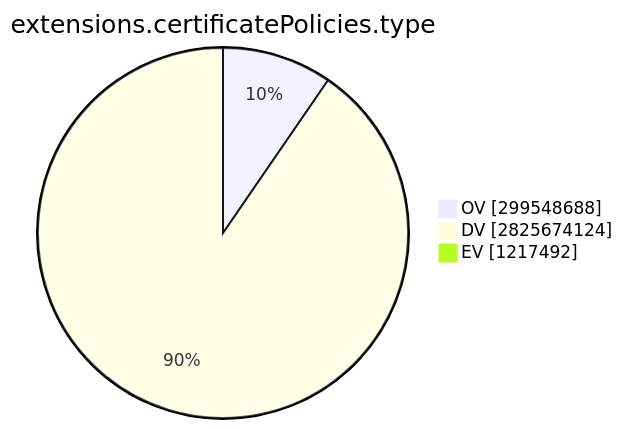
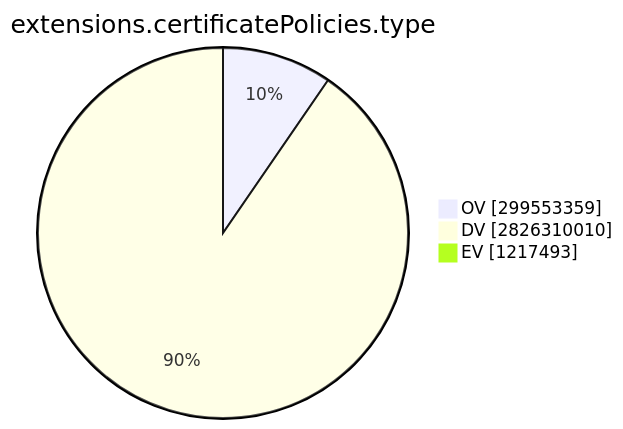
The ninth of 15 diagrams in TOTAL/README.md (christiankrug/ctmonitor_visualization), drawn with Mermaid before and after one commit. The commit also changed other lines of this file, not shown here.

````diff
--- a/TOTAL/README.md
+++ b/TOTAL/README.md
@@ -3101,7 +3101,7 @@
 ```mermaid
 pie showData
 title extensions.certificatePolicies.type
-"OV" :299548688
-"DV" :2825674124
-"EV" :1217492
+"OV" :299553359
+"DV" :2826310010
+"EV" :1217493
 ```
````
